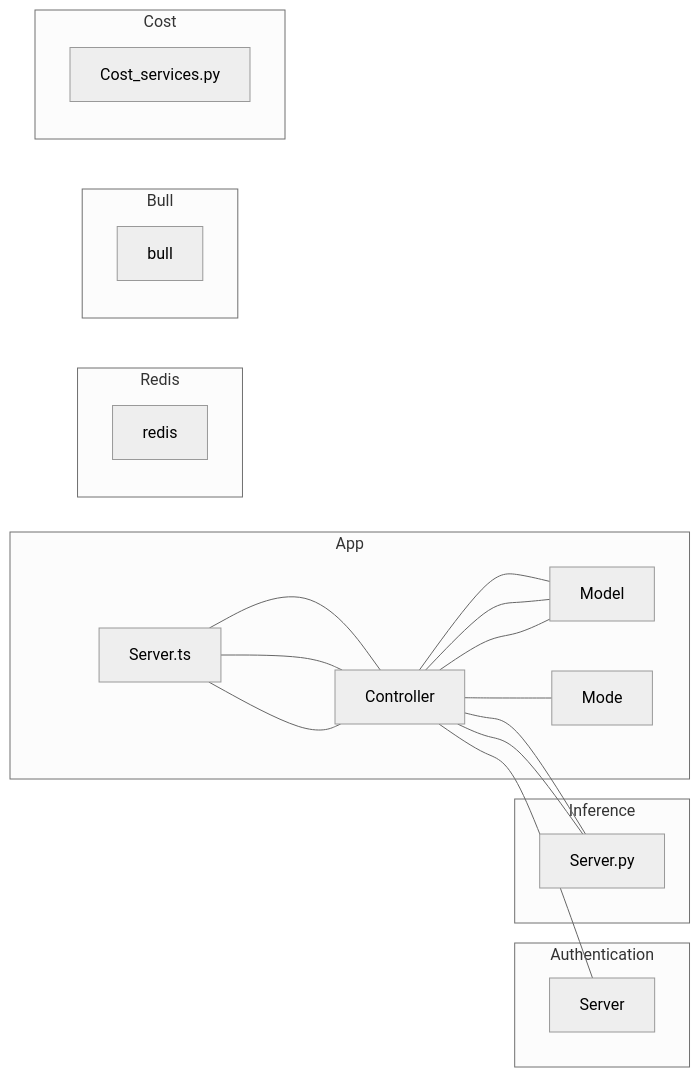
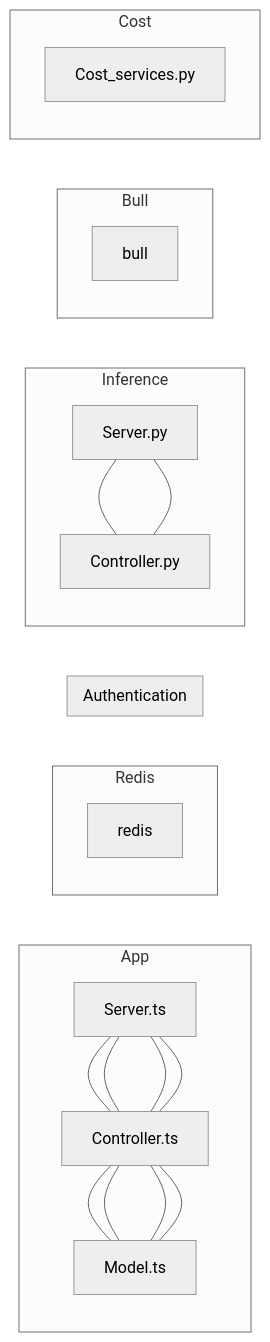
One commit to AgneseBruglia/PA2024 changed the second of 8 diagrams in README.md. Above: the diagram before and after it, drawn with Mermaid (neutral theme).

````diff
--- a/README.md
+++ b/README.md
@@ -30,35 +30,35 @@
 ```mermaid
 graph LR;
     subgraph App
-    Server.ts --- Controller 
-    Controller --- Server.ts
-    Model --- Controller
-    Controller --- Mode
+    Server.ts --- Controller.ts 
+    Controller.ts --- Server.ts
+    Model.ts --- Controller.ts
+    Controller.ts --- Model.ts
     end
 
     subgraph Redis
     redis
     end
 
     subgraph Authentication
-    Server.ts --- Controller
-    Controller --- Server
-    Model --- Controller
-    Controller --- Model
+    Server.ts --- Controller.ts
+    Controller.ts --- Server.ts
+    Model.ts --- Controller.ts
+    Controller.ts --- Model.ts
     end
 
     subgraph Inference
-    Server.py --- Controller
-    Controller --- Server.py
+    Server.py --- Controller.py
+    Controller.py --- Server.py
     end
 
     subgraph Bull
     bull
     end
 
     subgraph Cost
     Cost_services.py
     end 
 
     
 ```
````
